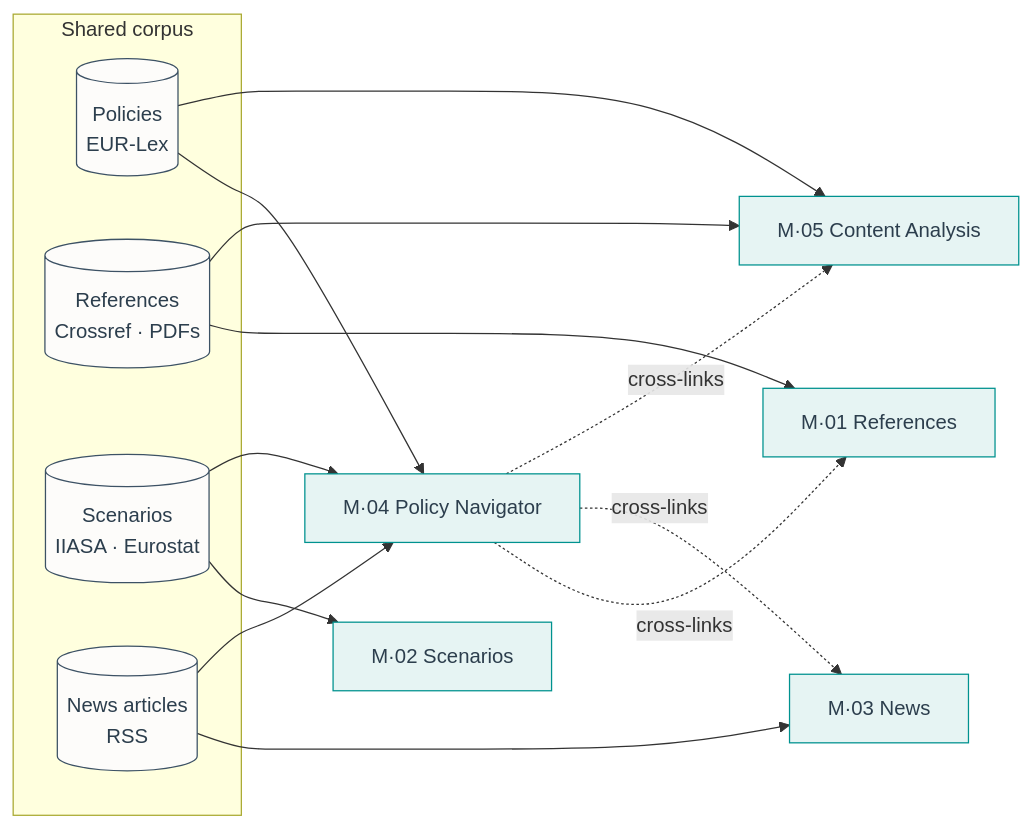
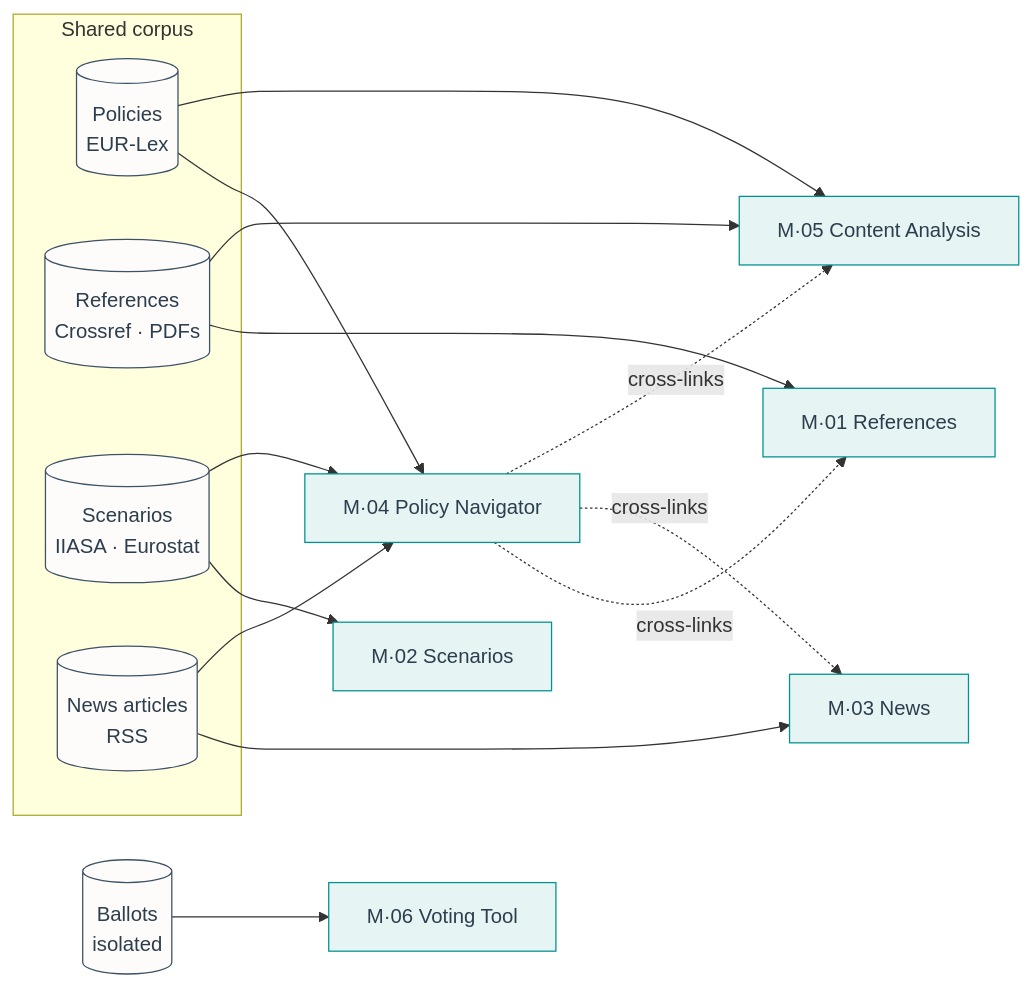
Before and after one commit to EUClimateAdvisoryBoard/ESABCCMethodHub: the diagram in docs/overview/the-five-modules.md, drawn with Mermaid. The commit also changed other lines of this file and 16 other files, not shown here.

First line of the commit message:
docs: reflect six production modules (add Voting Tool, M·06)

````diff
--- a/docs/overview/the-five-modules.md
+++ b/docs/overview/the-five-modules.md
@@ -21,25 +22,28 @@
 ```mermaid
 flowchart LR
   classDef core fill:#E6F4F3,stroke:#00928F,color:#2C3E4D
   classDef data fill:#FDFCFA,stroke:#3D5265,color:#2C3E4D
 
   subgraph Corpus["Shared corpus"]
     Pol[(Policies<br/>EUR-Lex)]:::data
     Refs[(References<br/>Crossref · PDFs)]:::data
     Sc[(Scenarios<br/>IIASA · Eurostat)]:::data
     News[(News articles<br/>RSS)]:::data
   end
 
   M01[M·01 References]:::core
   M02[M·02 Scenarios]:::core
   M03[M·03 News]:::core
   M04[M·04 Policy Navigator]:::core
   M05[M·05 Content Analysis]:::core
+  M06[M·06 Voting Tool]:::core
 
+  Bal[(Ballots<br/>isolated)]:::data
+  Bal  --> M06
   Pol  --> M04 & M05
   Refs --> M01 & M05
   Sc   --> M02 & M04
   News --> M03 & M04
 
   M04 -.cross-links.-> M01 & M03 & M05
 ```
````
